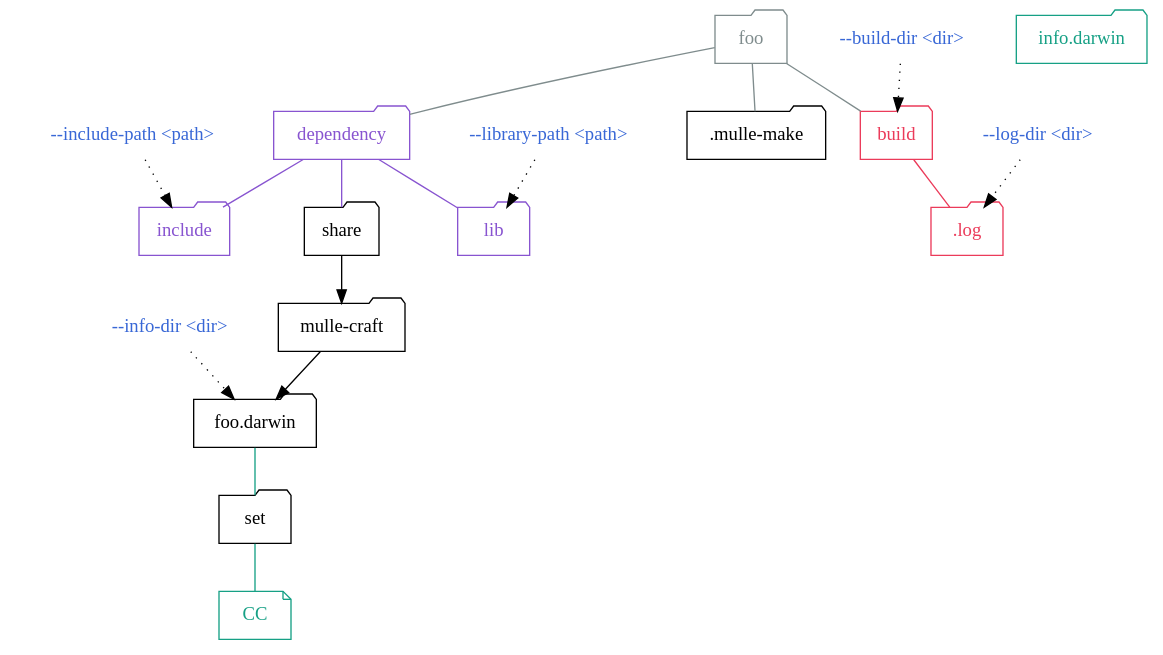
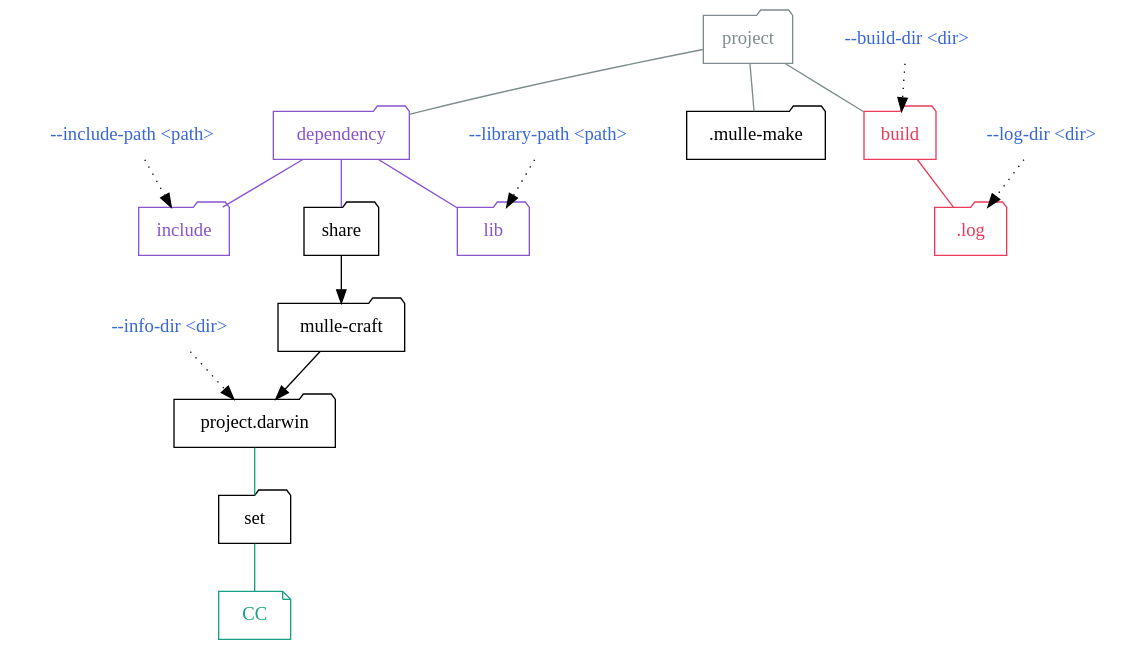
The diagram in dox/overview.dot (mulle-sde/mulle-make), drawn with Graphviz before and after one commit. The commit also changed 15 other files, not shown here.

Commit message:
* initial rudimentary support for .mulle-make management

```diff
--- a/dox/overview.dot
+++ b/dox/overview.dot
@@ -1,42 +1,41 @@
 digraph G {
     graph [rankdir = TD];
 
     node[ shape=folder];
 
     "--info-dir <dir>"                  [ shape="none", fontcolor="#3867d6" ]
-    "--info-dir <dir>" -> "foo.darwin" [ style="dotted"]
+    "--info-dir <dir>" -> "project.darwin"  [ style="dotted"]
 
     "--build-dir <dir>"                  [ shape="none", fontcolor="#3867d6" ]
     "--build-dir <dir>" -> "build"       [ style="dotted"]
 
     "--log-dir <dir>"                    [ shape="none", fontcolor="#3867d6" ]
     "--log-dir <dir>" -> ".log"          [ style="dotted"]
 
     "--include-path <path>"              [ shape="none", fontcolor="#3867d6" ]
     "--include-path <path>" -> "include" [ style="dotted"]
 
     "--library-path <path>"              [ shape="none", fontcolor="#3867d6" ]
     "--library-path <path>" -> "lib"     [ style="dotted"]
 
     ".log"                           [ color="#eb3b5a", fontcolor="#eb3b5a" ]
-    "info.darwin"                    [ color="#16a085", fontcolor="#16a085" ]
     "build"                          [ color="#16a085", fontcolor="#16a085" ]
     "build"                          [ color="#eb3b5a", fontcolor="#eb3b5a" ]
     "dependency"                     [ color="#8854d0", fontcolor="#8854d0" ]
     "include"                        [ color="#8854d0", fontcolor="#8854d0" ]
     "lib"                            [ color="#8854d0", fontcolor="#8854d0" ]
-    "foo"                            [ color="#7f8c8d", fontcolor="#7f8c8d" ]
+    "project"                            [ color="#7f8c8d", fontcolor="#7f8c8d" ]
 
-    "foo"        -> ".mulle-make"   [ arrowhead="none", color="#7f8c8d" ]
-    "foo"        -> "build"         [ arrowhead="none", color="#7f8c8d" ]
-    "foo"        -> "dependency"    [ arrowhead="none", color="#7f8c8d" ]
+    "project"        -> ".mulle-make"   [ arrowhead="none", color="#7f8c8d" ]
+    "project"        -> "build"         [ arrowhead="none", color="#7f8c8d" ]
+    "project"        -> "dependency"    [ arrowhead="none", color="#7f8c8d" ]
     "dependency" -> "lib"           [ arrowhead="none", color="#8854d0" ]
     "dependency" -> "include"       [ arrowhead="none", color="#8854d0" ]
     "dependency" -> "share"         [ arrowhead="none", color="#8854d0" ]
     "build"      -> ".log"               [ arrowhead="none", color="#eb3b5a" ]
 
-    "share" -> "mulle-craft" -> "foo.darwin"
-    "foo.darwin" -> "set" -> "CC"             [ arrowhead="none", color="#16a085" ]
+    "share" -> "mulle-craft" -> "project.darwin"
+    "project.darwin" -> "set" -> "CC"             [ arrowhead="none", color="#16a085" ]
 
     "CC"            [ shape="note", color="#16a085", fontcolor="#16a085" ]
 }
```
